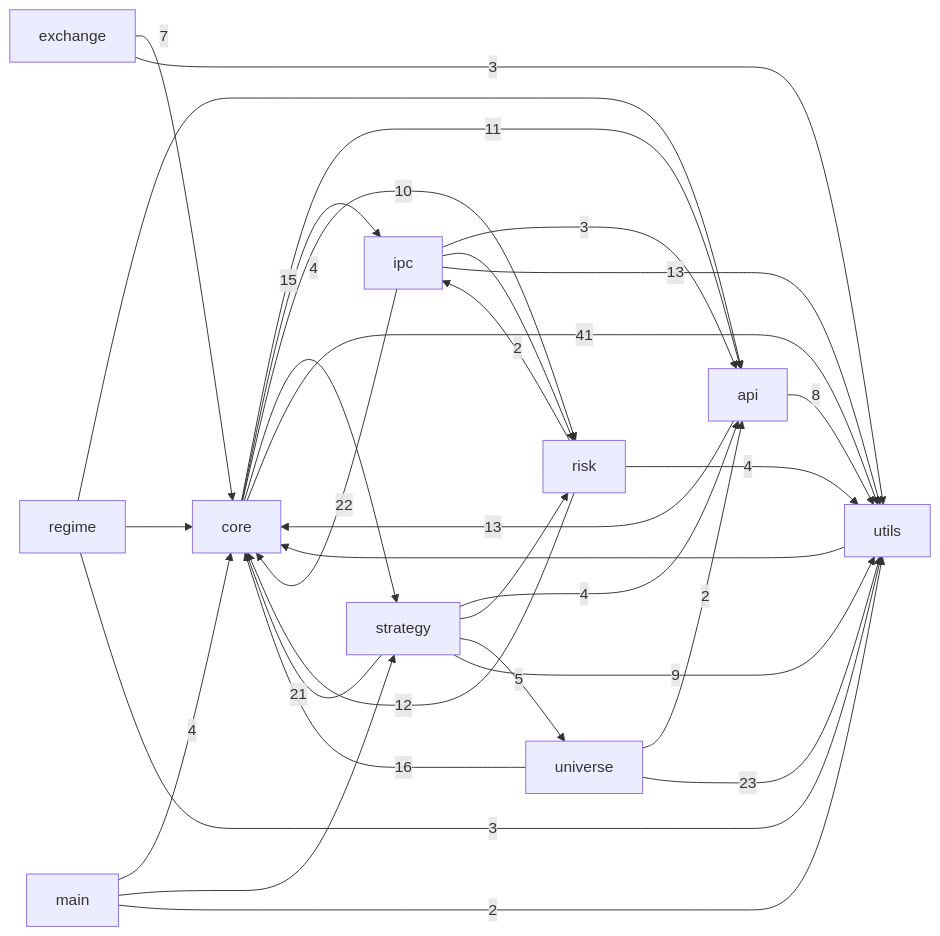
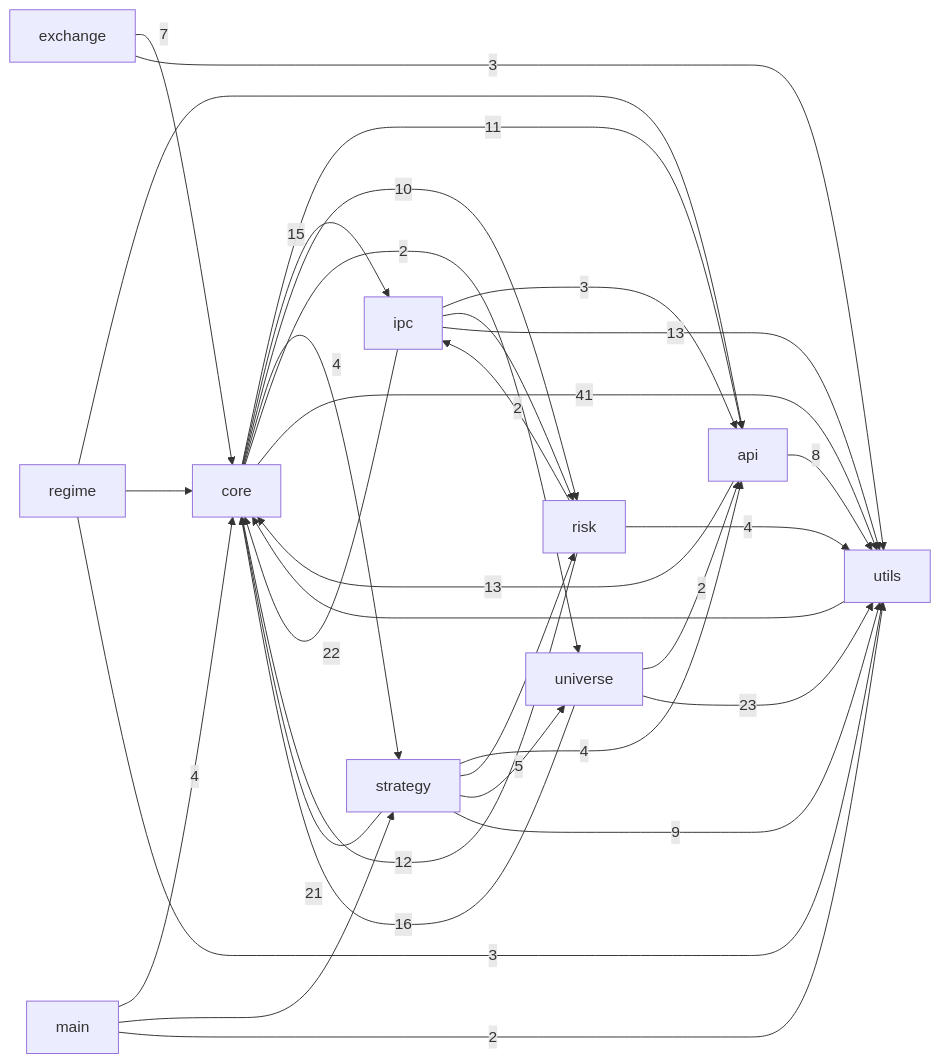
Before and after one commit to pypy8171/Quant: the first of 3 diagrams in docs/CODE_GRAPH.md, drawn with Mermaid. The commit also changed other lines of this file and 32 other files, not shown here.

````diff
--- a/docs/CODE_GRAPH.md
+++ b/docs/CODE_GRAPH.md
@@ -10,44 +10,45 @@
 ```mermaid
 graph LR
   main[main]
   core[core]
   strategy[strategy]
   api[api]
   universe[universe]
   risk[risk]
   ipc[ipc]
   utils[utils]
   exchange[exchange]
   regime[regime]
   api -->|13| core
   api -->|8| utils
   core -->|11| api
   core -->|15| ipc
   core -->|10| risk
   core -->|4| strategy
+  core -->|2| universe
   core -->|41| utils
   exchange -->|7| core
   exchange -->|3| utils
   ipc -->|3| api
   ipc -->|22| core
   ipc --> risk
   ipc -->|13| utils
   main -->|4| core
   main --> strategy
   main -->|2| utils
   regime --> api
   regime --> core
   regime -->|3| utils
   risk -->|12| core
   risk -->|2| ipc
   risk -->|4| utils
   strategy -->|4| api
   strategy -->|21| core
   strategy --> risk
   strategy -->|5| universe
   strategy -->|9| utils
   universe -->|2| api
   universe -->|16| core
   universe -->|23| utils
   utils --> core
 ```
````
